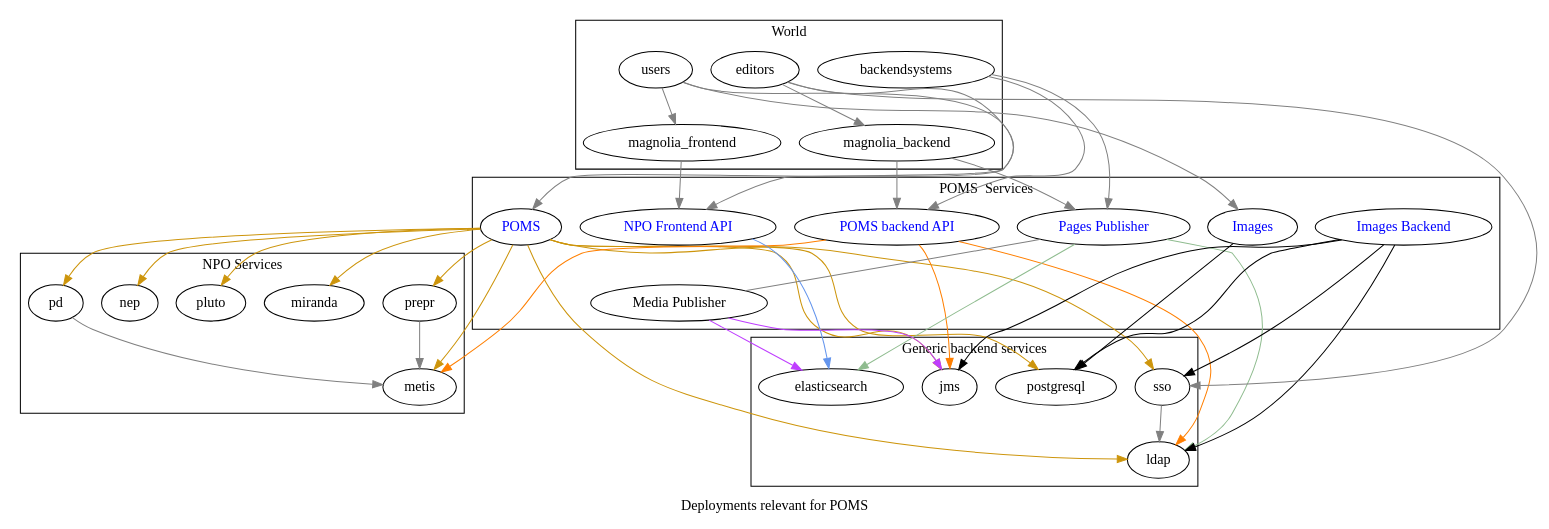
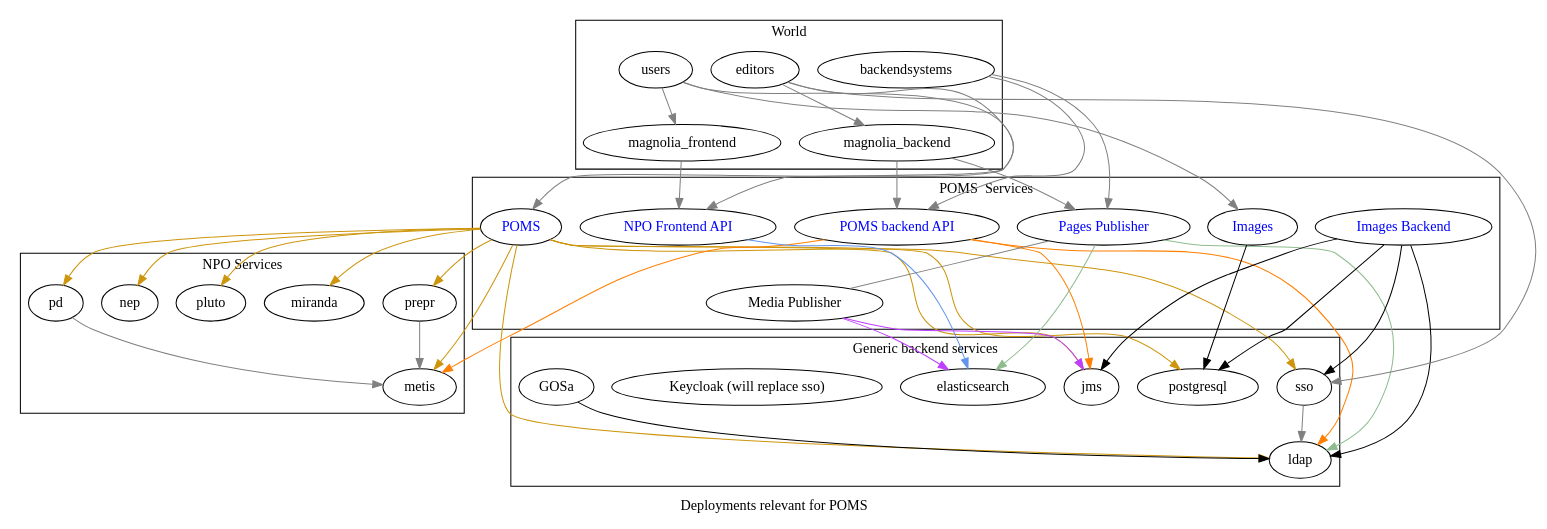
Before and after one commit to npo-poms/poms-parent: the diagram in poms-deployment.dot, drawn with Graphviz. The commit also changed 2 other files, not shown here.

Commit message:
added gosa, keycloak

```diff
--- a/poms-deployment.dot
+++ b/poms-deployment.dot
@@ -1,131 +1,135 @@
 digraph poms_universe {
 
 label="Deployments relevant for POMS"
 
 poms [ label="POMS" href="https://poms.omroep.nl/" fontcolor=blue ]
 poms_backend [ label="POMS backend API" href="https://api.poms.omroep.nl/" fontcolor=blue ]
 api [ label = "NPO Frontend API" href="https://rs.poms.omroep.nl/" fontcolor=blue ]
 pages_publish [ label = "Pages Publisher"     href="https://publish.pages.omroep.nl/" fontcolor=blue ]
 media_publish [ label = "Media Publisher" ]
 images_frontend [ label = "Images" href="https://images.poms.omroep.nl" fontcolor=blue]
 images_backend [ label = "Images Backend" href="https://images-backend.poms.omroep.nl" fontcolor=blue ]
 
 subgraph cluster_0  {
   label="Generic backend services"
   postgresql
   elasticsearch
   sso
   jms
   ldap
+  keycloak [ label = "Keycloak (will replace sso)" ]
+  gosa [ label="GOSa" href="https://admin.sso.omroep.nl/" ]
 }
 
 subgraph cluster_1  {
   label="VPRO"
   magnolia_frontend
   magnolia_backend
 }
 
 subgraph cluster_1  {
   label="World"
   users
   backendsystems
   editors
 }
 subgraph cluster_3  {
   label="POMS  Services"
   poms
   poms_backend
   pages_publish
   media_publish
   api
   images_frontend
   images_backend
 }
 
 subgraph cluster_4  {
   label="NPO Services"
   metis
   pd
   prepr
   miranda
   pluto
   nep
 }
 
 editors -> {
   magnolia_backend
   poms
   sso
 }[color=gray]
 
 users -> {
   magnolia_frontend
   api
   images_frontend
 }[color=gray]
 
 backendsystems -> {
   poms_backend
   pages_publish
 }[color=gray]
 
 poms -> {
   postgresql
   jms
   sso
   ldap
   miranda
   prepr
   pd
   metis
   pluto
   nep
 }[color=darkgoldenrod3]
 
 poms_backend -> {
   jms
   ldap
   metis
   ldap
 }[color=darkorange1]
 
 api -> {
   elasticsearch
 }[color=cornflowerblue]
 
 pages_publish-> {
   elasticsearch
   ldap
 }[color=darkseagreen]
 
 media_publish -> {
   elasticsearch
   jms
 }[color=darkorchid1]
 pages_publish -> media_publish[color=gray dir=none]
 
 images_frontend -> {
   postgresql
 }
 images_backend -> {
   postgresql
   jms
   sso
   ldap
 }
 
 magnolia_backend -> {
   poms_backend
   pages_publish
 }[color=gray]
 
 magnolia_frontend -> {
   api
 }[color=gray]
 
 sso -> ldap[color=gray]
 
 prepr -> metis[color=gray]
 pd -> metis[color=gray]
 
+gosa -> ldap
+
 }
```
